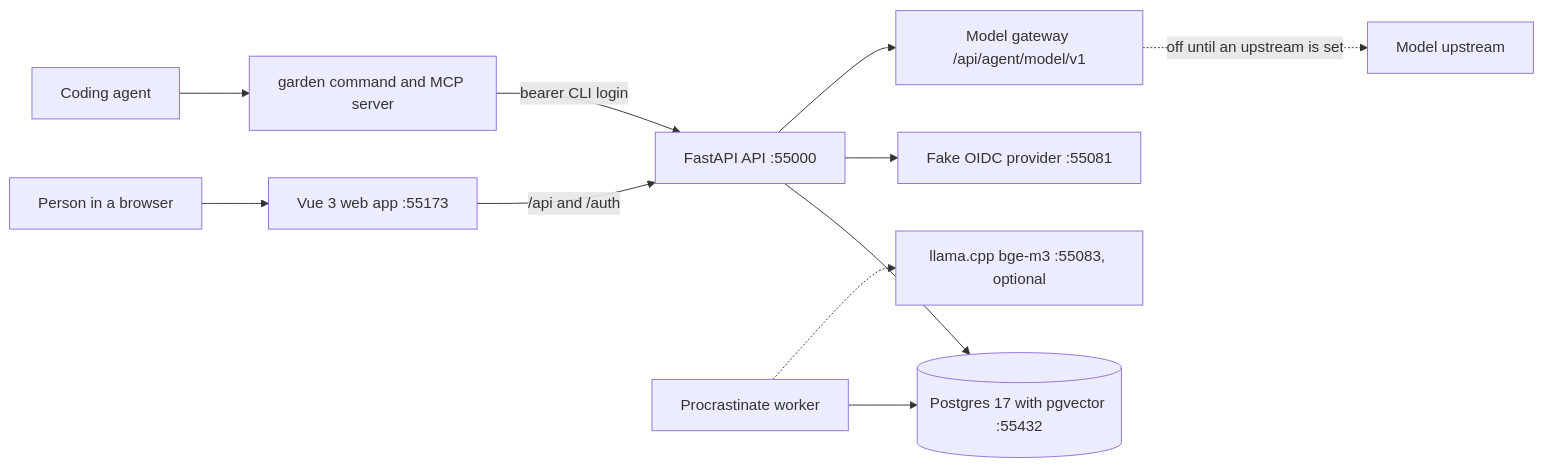
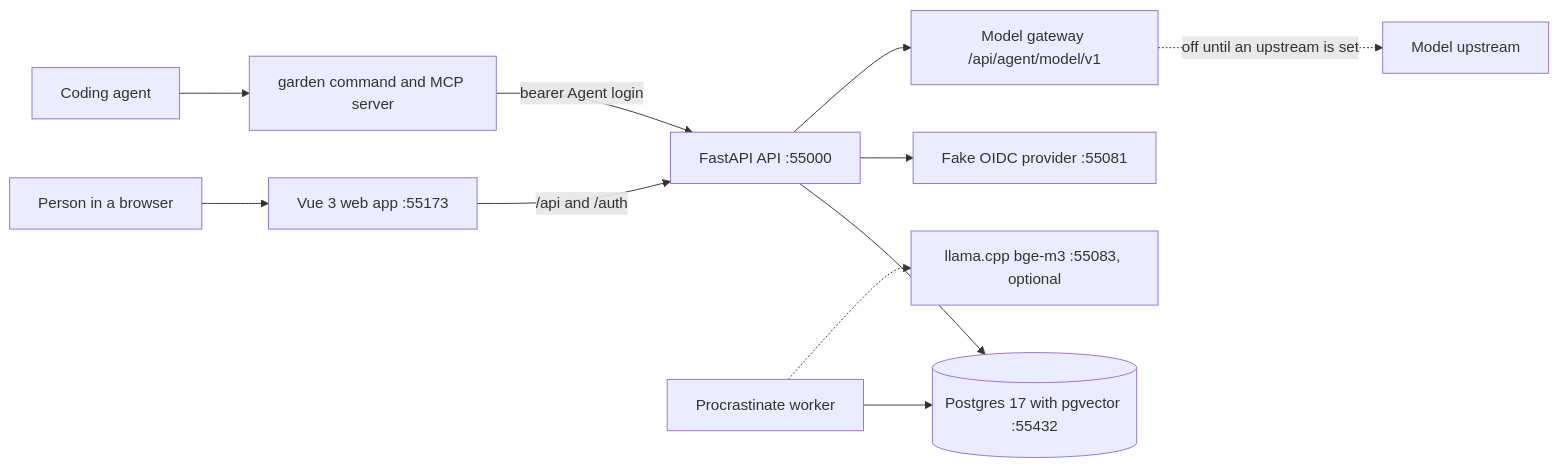
Before and after one commit to ycchoo28/garden: the diagram in README.md, drawn with Mermaid. The commit also changed other lines of this file and 49 other files, not shown here.

````diff
--- a/README.md
+++ b/README.md
@@ -27,13 +27,13 @@
 ```mermaid
 flowchart LR
   person["Person in a browser"] --> spa["Vue 3 web app :55173"]
   agent["Coding agent"] --> cli["garden command and MCP server"]
   spa -->|"/api and /auth"| api["FastAPI API :55000"]
-  cli -->|"bearer CLI login"| api
+  cli -->|"bearer Agent login"| api
   api --> db[("Postgres 17 with pgvector :55432")]
   api --> oidc["Fake OIDC provider :55081"]
   api --> gateway["Model gateway /api/agent/model/v1"]
   gateway -.->|"off until an upstream is set"| upstream["Model upstream"]
   worker["Procrastinate worker"] --> db
   worker -.-> embed["llama.cpp bge-m3 :55083, optional"]
 ```
````
